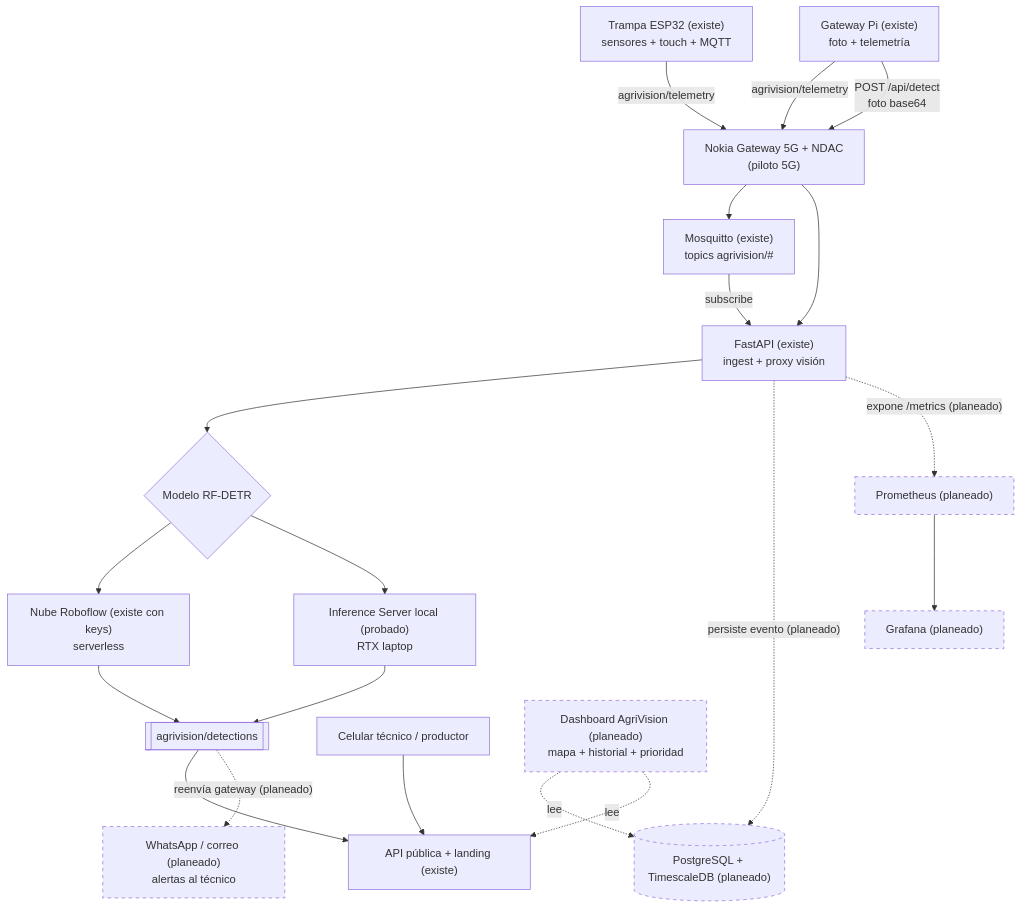
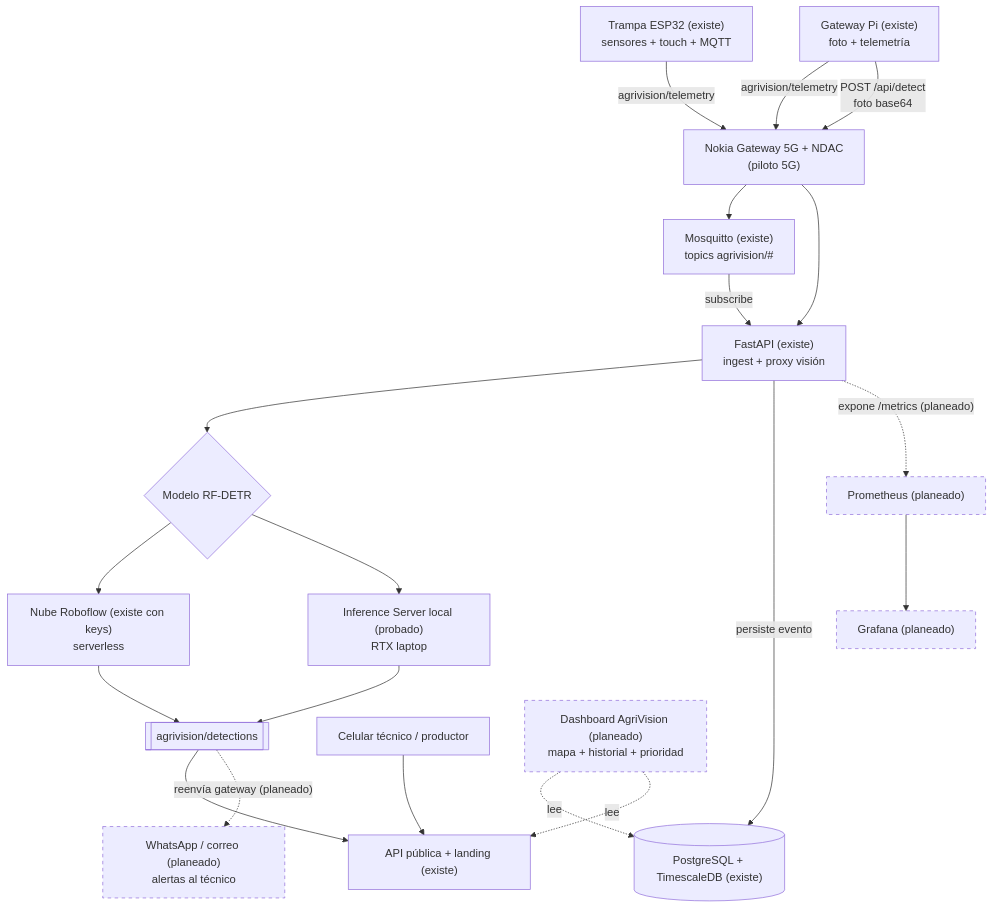
Before and after one commit to vertivolatam/hackathon-5g-2026: the first of 2 diagrams in docs-site/docs/explanation/arquitectura.md, drawn with Mermaid. The commit also changed other lines of this file and 3 other files, not shown here.

````diff
--- a/docs-site/docs/explanation/arquitectura.md
+++ b/docs-site/docs/explanation/arquitectura.md
@@ -9,25 +9,25 @@
 ```mermaid
 graph TD
     T["Trampa ESP32 (existe)<br/>sensores + touch + MQTT"] -->|agrivision/telemetry| N5
     G["Gateway Pi (existe)<br/>foto + telemetría"] -->|agrivision/telemetry| N5
     G -->|POST /api/detect<br/>foto base64| N5
     N5["Nokia Gateway 5G + NDAC<br/>(piloto 5G)"] --> M
     N5 --> B
     M["Mosquitto (existe)<br/>topics agrivision/#"] -->|subscribe| B["FastAPI (existe)<br/>ingest + proxy visión"]
     B --> S{"Modelo RF-DETR"}
     S --> C["Nube Roboflow (existe con keys)<br/>serverless"]
     S --> L["Inference Server local (probado)<br/>RTX laptop"]
     C --> D[["agrivision/detections"]]
     L --> D
-    B -. persiste evento (planeado) .-> P[("PostgreSQL + TimescaleDB (planeado)")]
+    B -->|persiste evento| P[("PostgreSQL + TimescaleDB (existe)")]
     B -. expone /metrics (planeado) .-> PR["Prometheus (planeado)"]
     PR --> GR["Grafana (planeado)"]
     D --> APIV["API pública + landing (existe)"]
     D -. reenvía gateway (planeado) .-> WA["WhatsApp / correo (planeado)<br/>alertas al técnico"]
     CEL["Celular técnico / productor"] --> APIV
     DASH["Dashboard AgriVision (planeado)<br/>mapa + historial + prioridad"] -. lee .-> P
     DASH -. lee .-> APIV
 
     classDef planeado stroke-dasharray:5 5;
-    class P,PR,GR,WA,DASH planeado;
+    class PR,GR,WA,DASH planeado;
 ```
````
